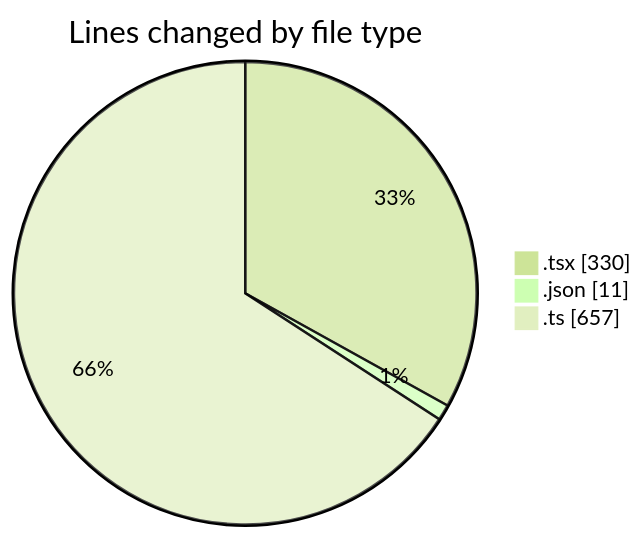
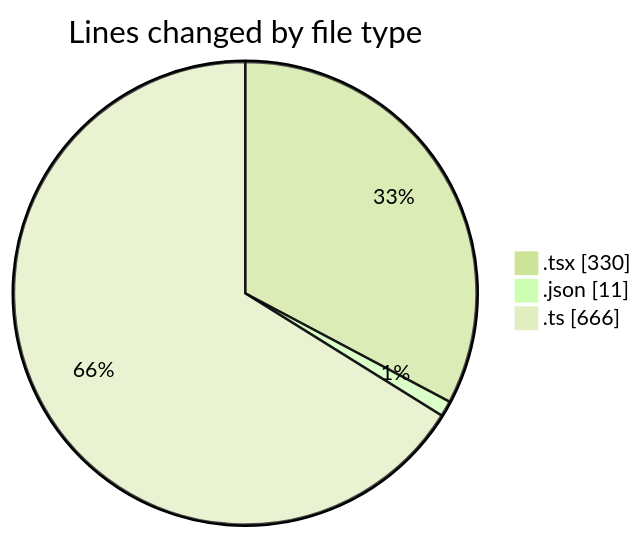
One commit to momahboobian/code-tracking changed the first of 2 diagrams in 2025-05-12/cda/README.md. Above: the diagram before and after it, drawn with Mermaid (forest theme). The commit also changed other lines of this file and 1 other file, not shown here.

````diff
--- a/2025-05-12/cda/README.md
+++ b/2025-05-12/cda/README.md
@@ -31,7 +31,7 @@
 ```mermaid
 pie showData
 title Lines changed by file type
 ".tsx" : 330
 ".json" : 11
-".ts" : 657
+".ts" : 666
 ```
````
